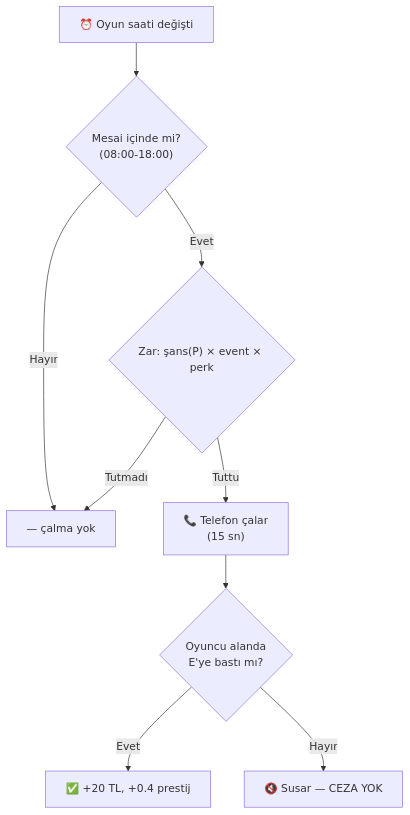
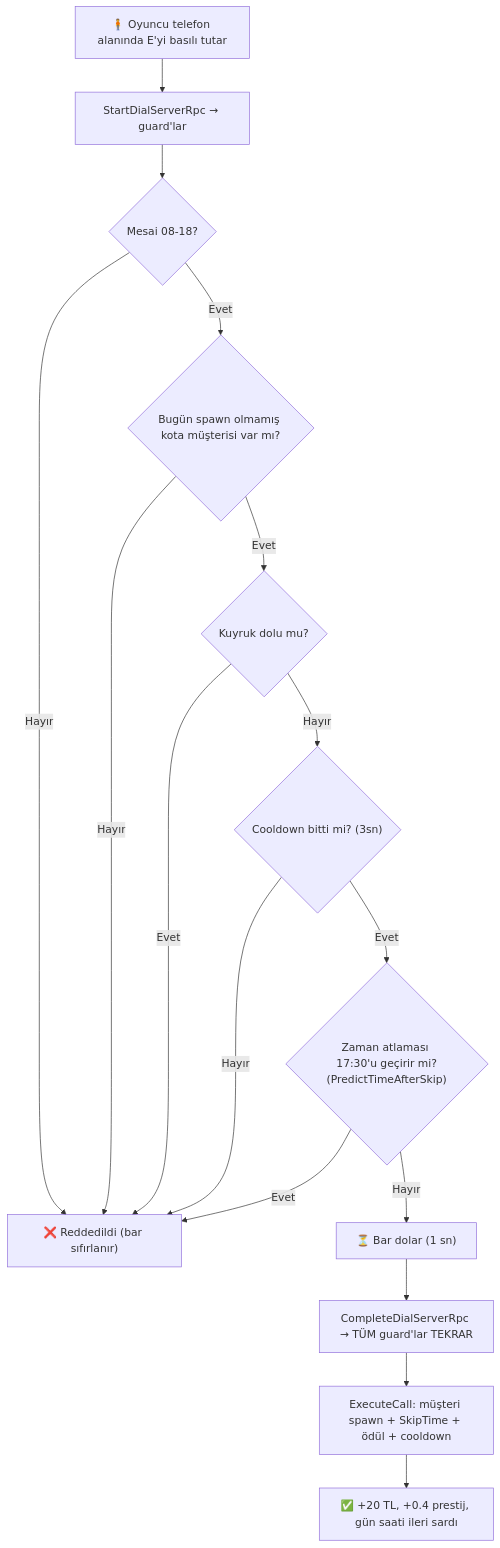
The sixth of 11 diagrams in GDD.md (Thefec/Cargor), drawn with Mermaid before and after one commit. The commit also changed other lines of this file and 64 other files, not shown here.

````diff
--- a/GDD.md
+++ b/GDD.md
@@ -839,11 +1089,18 @@
 ```mermaid
 flowchart TD
-    A["⏰ Oyun saati değişti"] --> B{"Mesai içinde mi?\n(08:00-18:00)"}
-    B -->|Hayır| X["— çalma yok"]
-    B -->|Evet| C{"Zar: şans(P) × event × perk"}
-    C -->|Tutmadı| X
-    C -->|Tuttu| D["📞 Telefon çalar\n(15 sn)"]
-    D --> E{"Oyuncu alanda\nE'ye bastı mı?"}
-    E -->|Evet| F["✅ +20 TL, +0.4 prestij"]
-    E -->|Hayır| G["🔇 Susar — CEZA YOK"]
+    A["🧍 Oyuncu telefon alanında E'yi basılı tutar"] --> B["StartDialServerRpc → guard'lar"]
+    B --> G1{"Mesai 08-18?"}
+    G1 -->|Hayır| R["❌ Reddedildi (bar sıfırlanır)"]
+    G1 -->|Evet| G2{"Bugün spawn olmamış kota müşterisi var mı?"}
+    G2 -->|Hayır| R
+    G2 -->|Evet| G3{"Kuyruk dolu mu?"}
+    G3 -->|Evet| R
+    G3 -->|Hayır| G4{"Cooldown bitti mi? (3sn)"}
+    G4 -->|Hayır| R
+    G4 -->|Evet| G5{"Zaman atlaması 17:30'u geçirir mi?\n(PredictTimeAfterSkip)"}
+    G5 -->|Evet| R
+    G5 -->|Hayır| H["⏳ Bar dolar (1 sn)"]
+    H --> C["CompleteDialServerRpc → TÜM guard'lar TEKRAR"]
+    C --> E["ExecuteCall: müşteri spawn + SkipTime + ödül + cooldown"]
+    E --> F["✅ +20 TL, +0.4 prestij, gün saati ileri sardı"]
 ```
````
